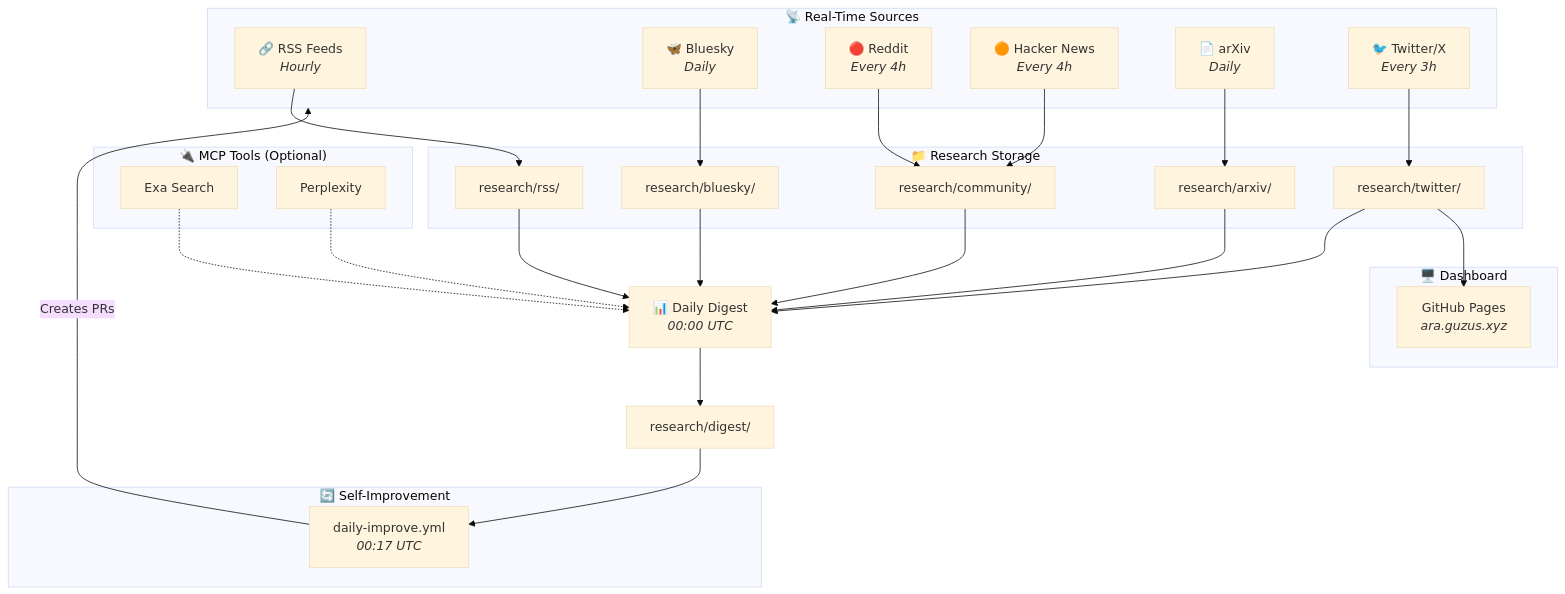
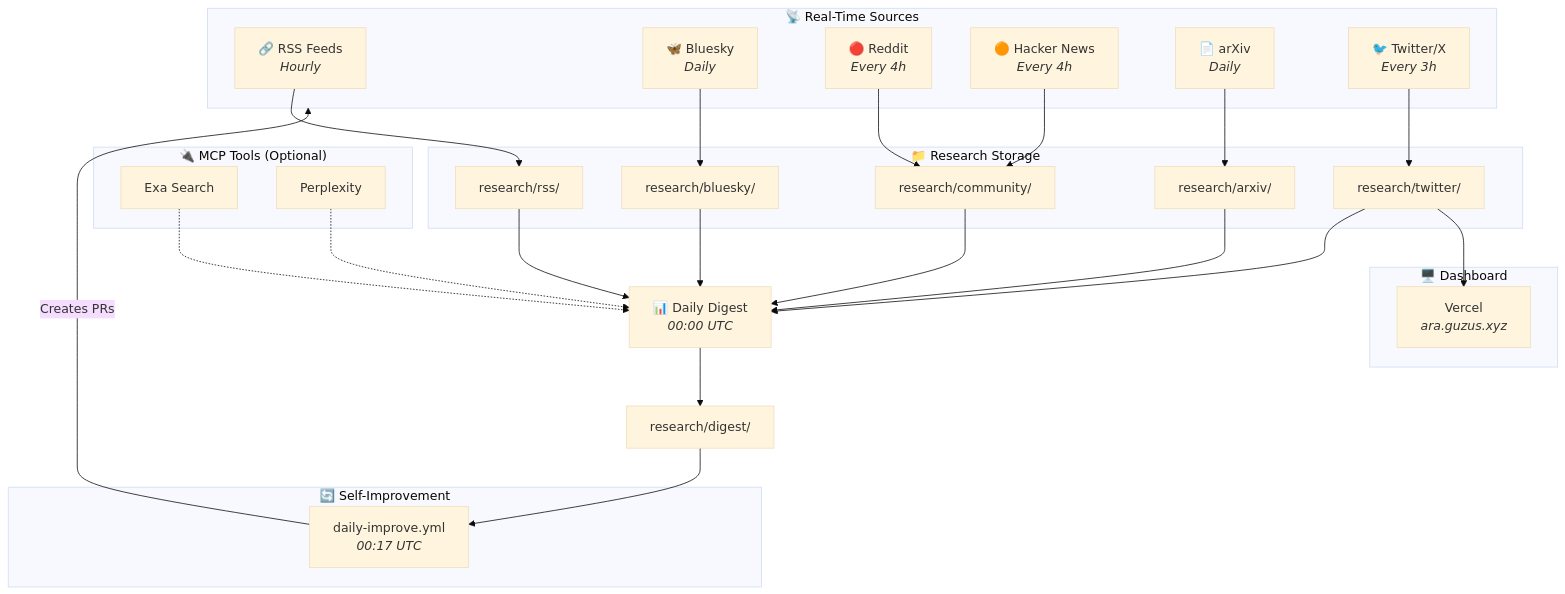
Before and after one commit to guzus/ai-research-arm: the first of 2 diagrams in README.md, drawn with Mermaid (base theme). The commit also changed other lines of this file and 5 other files, not shown here.

First line of the commit message:
Retire GitHub Pages deploy now that Vercel is live

````diff
--- a/README.md
+++ b/README.md
@@ -15,56 +15,56 @@
 ```mermaid
 flowchart TB
     subgraph sources["📡 Real-Time Sources"]
         RSS["🔗 RSS Feeds<br/><i>Hourly</i>"]
         Bluesky["🦋 Bluesky<br/><i>Daily</i>"]
         Reddit["🔴 Reddit<br/><i>Every 4h</i>"]
         HN["🟠 Hacker News<br/><i>Every 4h</i>"]
         arXiv["📄 arXiv<br/><i>Daily</i>"]
         Twitter["🐦 Twitter/X<br/><i>Every 3h</i>"]
     end
 
     subgraph mcp["🔌 MCP Tools (Optional)"]
         Exa["Exa Search"]
         Perplexity["Perplexity"]
     end
 
     subgraph storage["📁 Research Storage"]
         rss_out["research/rss/"]
         bluesky_out["research/bluesky/"]
         community_out["research/community/"]
         arxiv_out["research/arxiv/"]
         twitter_out["research/twitter/"]
     end
 
     RSS --> rss_out
     Bluesky --> bluesky_out
     Reddit --> community_out
     HN --> community_out
     arXiv --> arxiv_out
     Twitter --> twitter_out
 
     rss_out --> Digest
     bluesky_out --> Digest
     community_out --> Digest
     arxiv_out --> Digest
     twitter_out --> Digest
 
     Exa -.-> Digest
     Perplexity -.-> Digest
 
     Digest["📊 Daily Digest<br/><i>00:00 UTC</i>"]
     Digest --> digest_out["research/digest/"]
 
     subgraph improve["🔄 Self-Improvement"]
         Improve["daily-improve.yml<br/><i>00:17 UTC</i>"]
     end
 
     digest_out --> Improve
     Improve -->|"Creates PRs"| sources
 
     subgraph dashboard["🖥️ Dashboard"]
-        Pages["GitHub Pages<br/><i>ara.guzus.xyz</i>"]
+        Vercel["Vercel<br/><i>ara.guzus.xyz</i>"]
     end
 
-    twitter_out --> Pages
+    twitter_out --> Vercel
 ```
````
